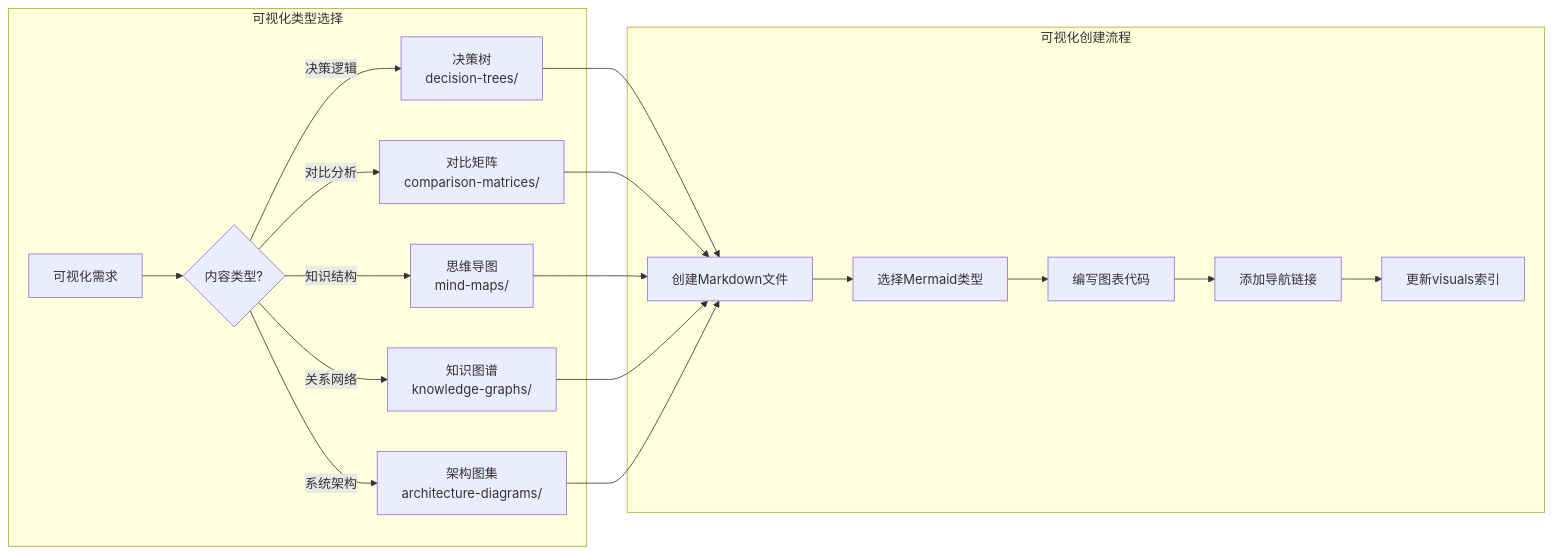
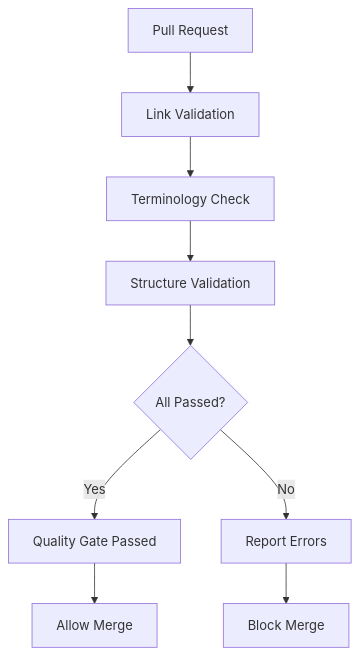
One commit to AdaMartin18010/AnalysisDataFlow changed the third of 3 diagrams in i18n/en/ARCHITECTURE.md. Above: the diagram before and after it, drawn with Mermaid. The commit also changed other lines of this file and 210 other files, not shown here.

````diff
--- a/i18n/en/ARCHITECTURE.md
+++ b/i18n/en/ARCHITECTURE.md
@@ -459,25 +202,11 @@
 ```mermaid
-flowchart LR
-    subgraph "可视化类型选择"
-        A[可视化需求] --> B{内容类型?}
-
-        B -->|决策逻辑| C[决策树
-        decision-trees/]
-        B -->|对比分析| D[对比矩阵
-        comparison-matrices/]
-        B -->|知识结构| E[思维导图
-        mind-maps/]
-        B -->|关系网络| F[知识图谱
-        knowledge-graphs/]
-        B -->|系统架构| G[架构图集
-        architecture-diagrams/]
-    end
-
-    subgraph "可视化创建流程"
-        C & D & E & F & G --> H[创建Markdown文件]
-        H --> I[选择Mermaid类型]
-        I --> J[编写图表代码]
-        J --> K[添加导航链接]
-        K --> L[更新visuals索引]
-    end
+flowchart TD
+    A[Pull Request] --> B[Link Validation]
+    B --> C[Terminology Check]
+    C --> D[Structure Validation]
+    D --> E{All Passed?}
+    E -->|Yes| F[Quality Gate Passed]
+    E -->|No| G[Report Errors]
+    G --> H[Block Merge]
+    F --> I[Allow Merge]
 ```
````
